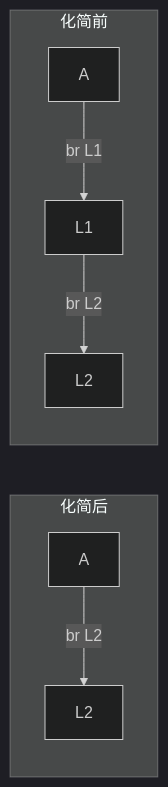
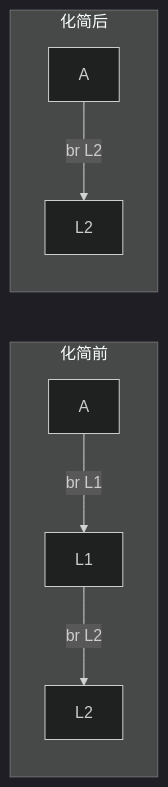
One commit to lightsmilew/compiler-principles changed the first of 3 diagrams in docs/optim/ir-cfg-simplify.md. Above: the diagram before and after it, drawn with Mermaid (dark theme). The commit also changed other lines of this file and 32 other files, not shown here.

Commit message:
docs: unify assessment flow and submission guidance

````diff
--- a/docs/optim/ir-cfg-simplify.md
+++ b/docs/optim/ir-cfg-simplify.md
@@ -36,12 +36,12 @@
 ```mermaid
-%% 上下两块对比：Mermaid 会把后写的子图放在上方，所以先写「化简后」，
-%% 渲染出来才是上=化简前、下=化简后。
 flowchart LR
-  subgraph 化简后
-    A2[A] -- br L2 --> C2[L2]
-  end
-  subgraph 化简前
+  subgraph Before["化简前"]
+    direction TB
     A1[A] -- br L1 --> B1[L1]
     B1 -- br L2 --> C1[L2]
   end
+  subgraph After["化简后"]
+    direction TB
+    A2[A] -- br L2 --> C2[L2]
+  end
 ```
````
